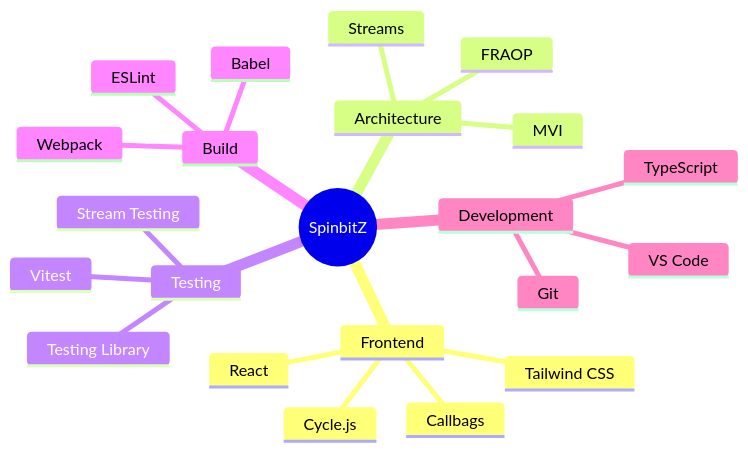
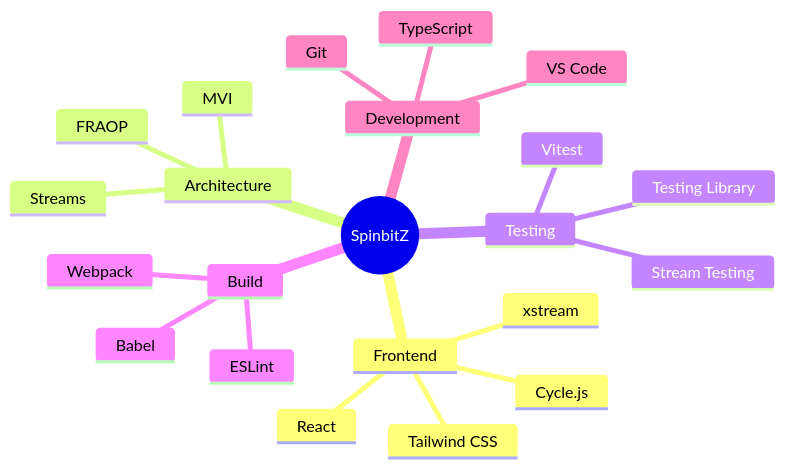
The second of 8 diagrams in site-rebuild/docs/tech-stack.md (SpinbitZ/SpinbitZ), drawn with Mermaid before and after one commit. The commit also changed other lines of this file and 12 other files, not shown here.

Commit message:
docs: migrate all documentation and rules from callbags to xstream\n\n- Updated all architecture, tech stack, and implementation docs to reference xstream instead of callbags\n- Updated Cursor rules for xstream\n- Updated TTDD and FRAOP analysis\n- Updated PRD and implementation plan accordingly

````diff
--- a/site-rebuild/docs/tech-stack.md
+++ b/site-rebuild/docs/tech-stack.md
@@ -42,25 +42,25 @@
 ```mermaid
 mindmap
   root((SpinbitZ))
     Frontend
       React
       Cycle.js
-      Callbags
+      xstream
       Tailwind CSS
     Architecture
       FRAOP
       MVI
       Streams
     Testing
       Vitest
       Testing Library
       Stream Testing
     Build
       Webpack
       Babel
       ESLint
     Development
       TypeScript
       Git
       VS Code
 ```
````
